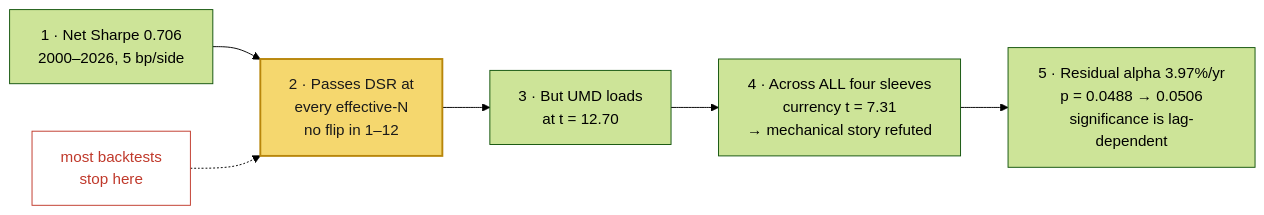
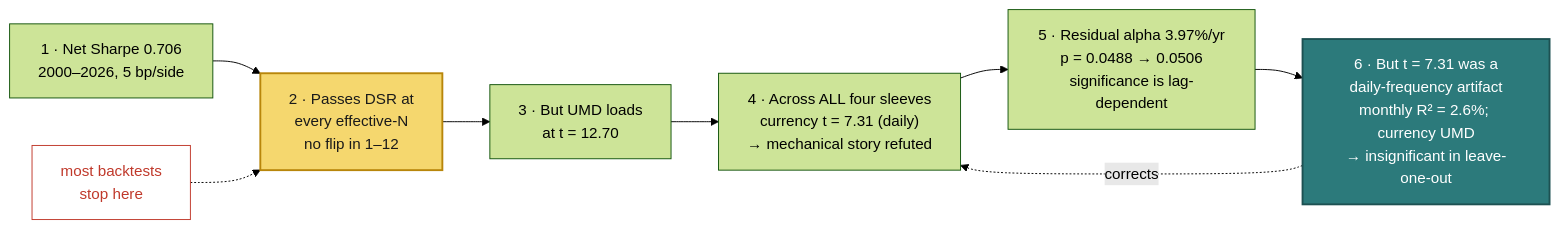
The second of 3 diagrams in README.md (AbdulAliMamnun/tsmom), drawn with Mermaid (forest theme) before and after one commit. The commit also changed other lines of this file and 5 other files, not shown here.

Commit message:
Run 9: UMD investigation. Finding 11 - currency t=7.31 was a daily-frequency artifact

````diff
--- a/README.md
+++ b/README.md
@@ -46,10 +48,13 @@
 ```mermaid
 flowchart LR
     S1["1 · Net Sharpe 0.706<br/>2000–2026, 5 bp/side"] --> S2["2 · Passes DSR at<br/>every effective-N<br/>no flip in 1–12"]
     S2 --> S3["3 · But UMD loads<br/>at t = 12.70"]
-    S3 --> S4["4 · Across ALL four sleeves<br/>currency t = 7.31<br/>→ mechanical story refuted"]
+    S3 --> S4["4 · Across ALL four sleeves<br/>currency t = 7.31 (daily)<br/>→ mechanical story refuted"]
     S4 --> S5["5 · Residual alpha 3.97%/yr<br/>p = 0.0488 → 0.0506<br/>significance is lag-dependent"]
+    S5 --> S6["6 · But t = 7.31 was a<br/>daily-frequency artifact<br/>monthly R² = 2.6%; currency UMD<br/>→ insignificant in leave-one-out"]
     STOP["most backtests<br/>stop here"] -.-> S2
+    S6 -.->|corrects| S4
     style S2 fill:#f5d76e,color:#1a1a1a,stroke:#b8860b,stroke-width:2px
     style STOP fill:#ffffff,stroke:#c0392b,color:#c0392b
+    style S6 fill:#2c7a7b,color:#fff,stroke:#1d5152,stroke-width:2px
 ```
````
